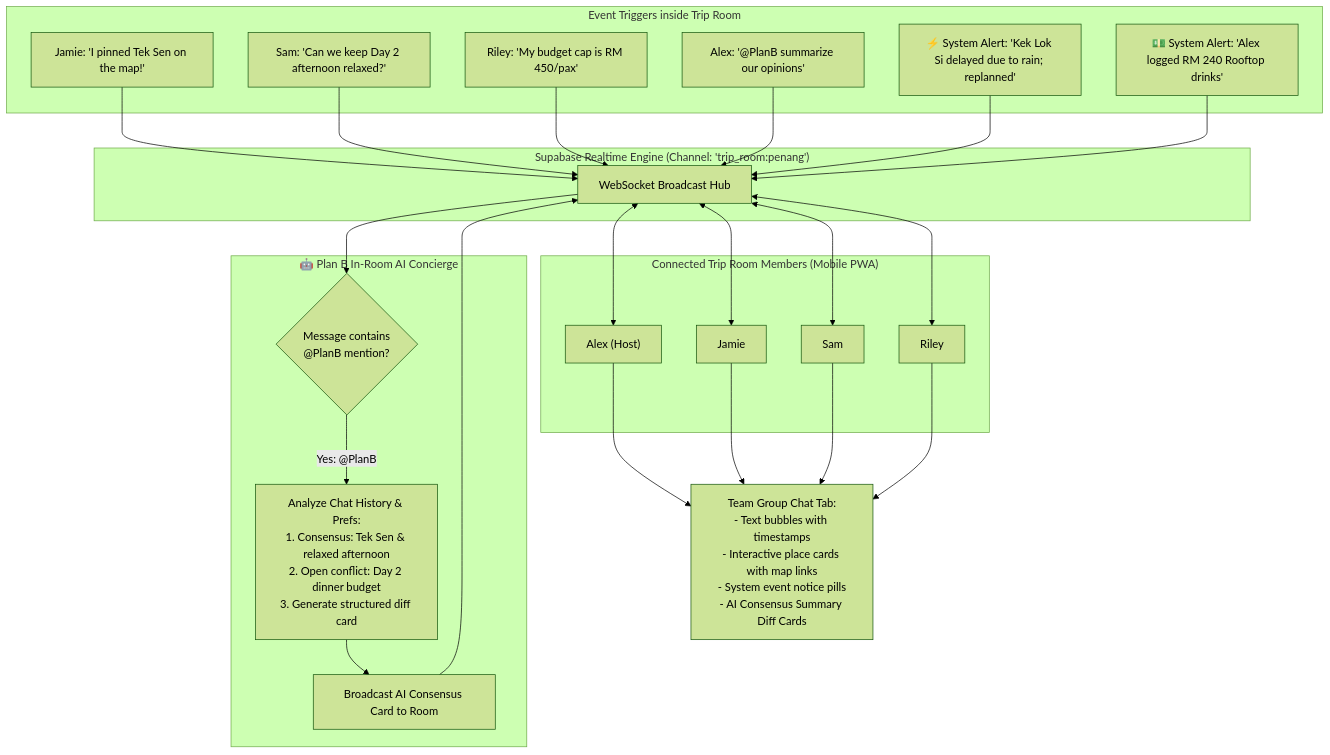
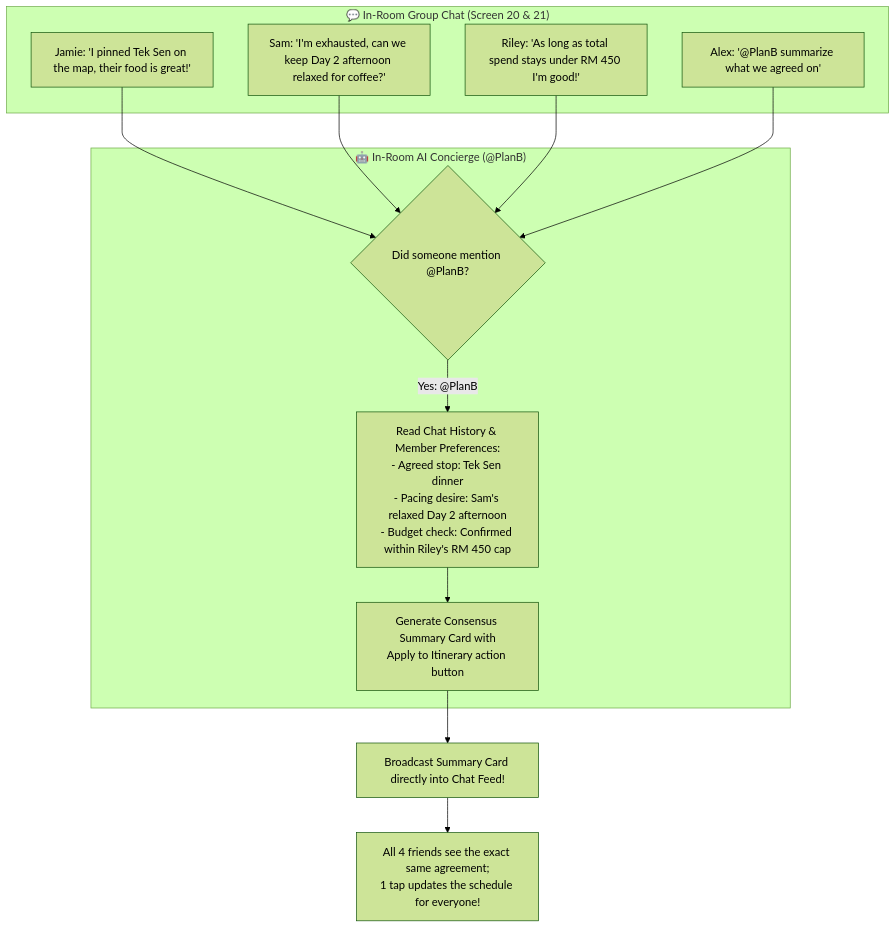
One commit to nlzce/We-are-the-champions_Plan-B changed the tenth of 14 diagrams in README.md. Above: the diagram before and after it, drawn with Mermaid (forest theme). The commit also changed other lines of this file, not shown here.

Commit message:
docs: simplify diagrams and narrative into plain, human-readable user flows while preserving tech stack

````diff
--- a/README.md
+++ b/README.md
@@ -445,50 +315,25 @@
 ```mermaid
 flowchart TD
-  subgraph ROOM_CLIENTS["Connected Trip Room Members (Mobile PWA)"]
-    ClientA["Alex (Host)"]
-    ClientB["Jamie"]
-    ClientC["Sam"]
-    ClientD["Riley"]
+  subgraph THE_CHAT["💬 In-Room Group Chat (Screen 20 & 21)"]
+    M1["Jamie: 'I pinned Tek Sen on the map, their food is great!'"]
+    M2["Sam: 'I'm exhausted, can we keep Day 2 afternoon relaxed for coffee?'"]
+    M3["Riley: 'As long as total spend stays under RM 450 I'm good!'"]
+    AskAI["Alex: '@PlanB summarize what we agreed on'"]
   end
 
-  subgraph SUPABASE_RT["Supabase Realtime Engine (Channel: 'trip_room:penang')"]
-    Broadcaster["WebSocket Broadcast Hub"]
+  subgraph THE_CONCIERGE["🤖 In-Room AI Concierge (@PlanB)"]
+    DetectQuery{"Did someone mention @PlanB?"}
+    ParseChat["Read Chat History & Member Preferences:<br/>- Agreed stop: Tek Sen dinner<br/>- Pacing desire: Sam's relaxed Day 2 afternoon<br/>- Budget check: Confirmed within Riley's RM 450 cap"]
+    CreateDiff["Generate Consensus Summary Card with<br/>Apply to Itinerary action button"]
   end
 
-  subgraph EVENTS["Event Triggers inside Trip Room"]
-    HumanMsg["Jamie: 'I pinned Tek Sen on the map!'"]
-    SamMsg["Sam: 'Can we keep Day 2 afternoon relaxed?'"]
-    RileyMsg["Riley: 'My budget cap is RM 450/pax'"]
-    MentionMsg["Alex: '@PlanB summarize our opinions'"]
-    ReplanAlert["⚡ System Alert: 'Kek Lok Si delayed due to rain; replanned'"]
-    SpendAlert["💵 System Alert: 'Alex logged RM 240 Rooftop drinks'"]
-  end
+  M1 --> DetectQuery
+  M2 --> DetectQuery
+  M3 --> DetectQuery
+  AskAI --> DetectQuery
 
-  subgraph AI_CONCIERGE["🤖 Plan B In-Room AI Concierge"]
-    DetectMention{"Message contains<br/>@PlanB mention?"}
-    SummarizeChat["Analyze Chat History & Prefs:<br/>1. Consensus: Tek Sen & relaxed afternoon<br/>2. Open conflict: Day 2 dinner budget<br/>3. Generate structured diff card"]
-    ReplyBroadcast["Broadcast AI Consensus Card to Room"]
-  end
-
-  HumanMsg --> Broadcaster
-  SamMsg --> Broadcaster
-  RileyMsg --> Broadcaster
-  MentionMsg --> Broadcaster
-  ReplanAlert --> Broadcaster
-  SpendAlert --> Broadcaster
-
-  Broadcaster --> DetectMention
-  DetectMention -->|Yes: @PlanB| SummarizeChat
-  SummarizeChat --> ReplyBroadcast
-  ReplyBroadcast --> Broadcaster
-
-  Broadcaster <--> ClientA
-  Broadcaster <--> ClientB
-  Broadcaster <--> ClientC
-  Broadcaster <--> ClientD
-
-  ClientA --> ChatUI["Team Group Chat Tab:<br/>- Text bubbles with timestamps<br/>- Interactive place cards with map links<br/>- System event notice pills<br/>- AI Consensus Summary Diff Cards"]
-  ClientB --> ChatUI
-  ClientC --> ChatUI
-  ClientD --> ChatUI
+  DetectQuery -->|Yes: @PlanB| ParseChat
+  ParseChat --> CreateDiff
+  CreateDiff --> PostFeed["Broadcast Summary Card directly into Chat Feed!"]
+  PostFeed --> AllSee["All 4 friends see the exact same agreement;<br/>1 tap updates the schedule for everyone!"]
 ```
````
